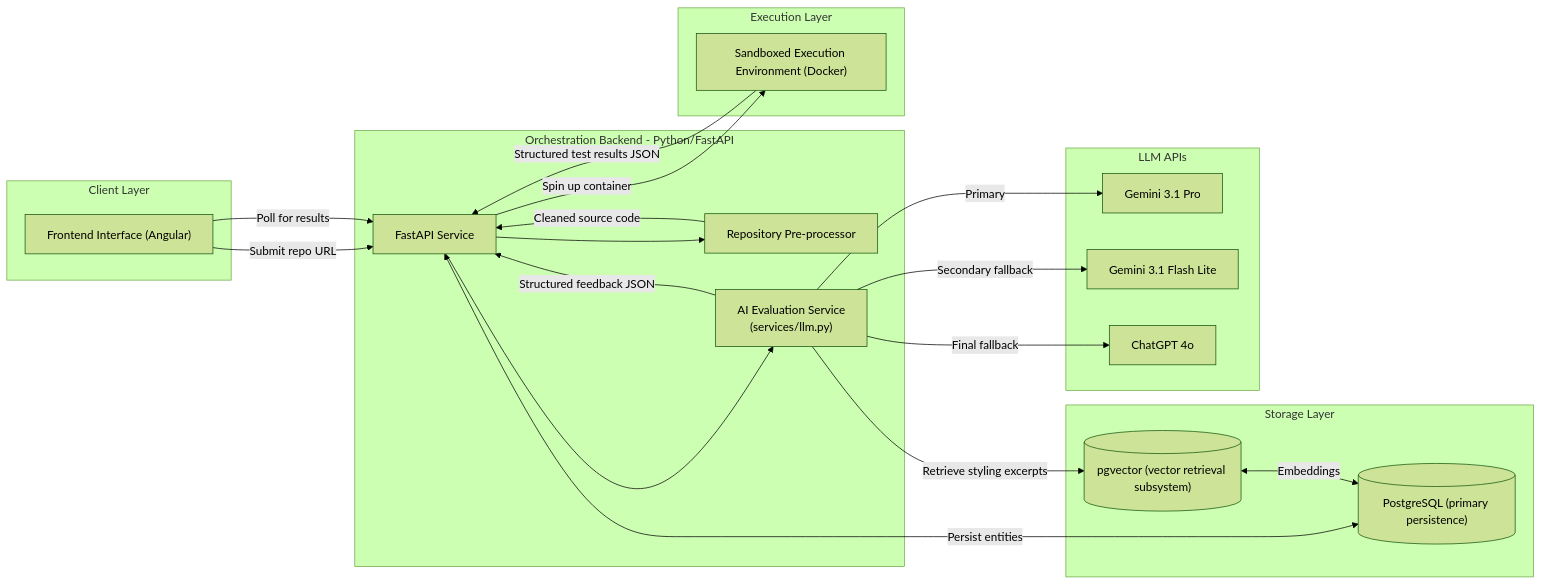
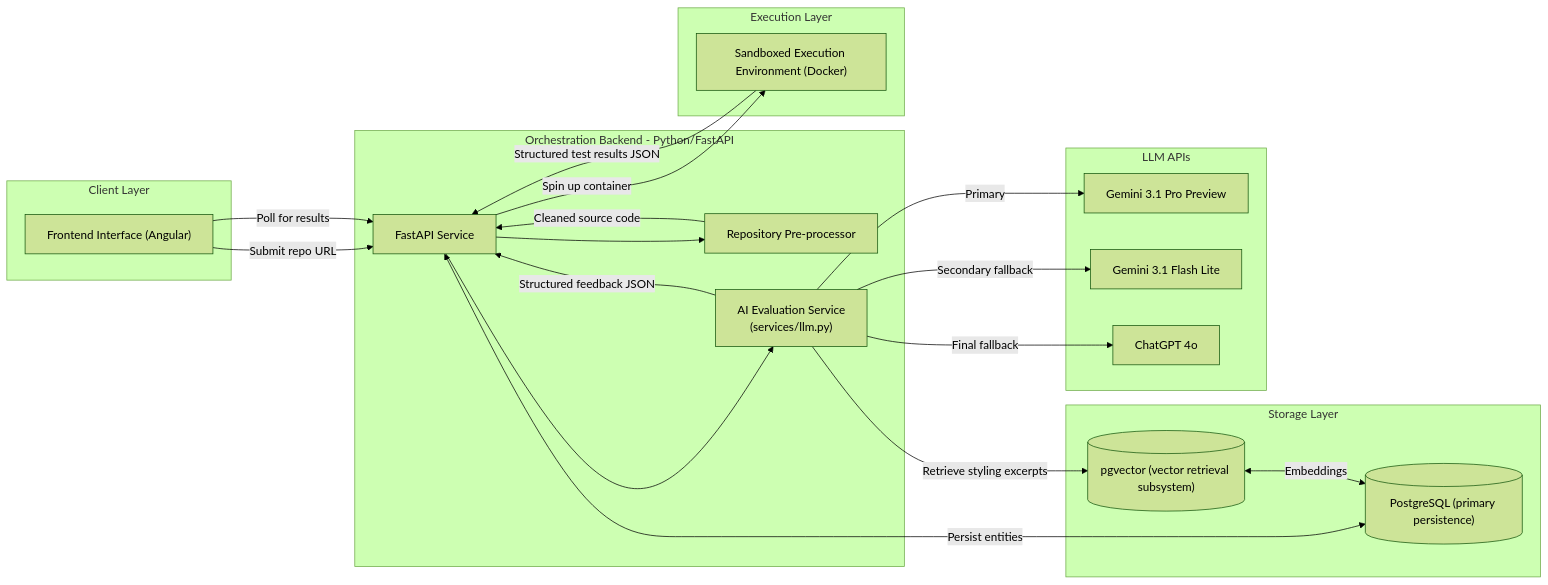
Before and after one commit to MaristGormanly/maple-a1: the diagram in design-doc.md, drawn with Mermaid (forest theme). The commit also changed other lines of this file, not shown here.

````diff
--- a/design-doc.md
+++ b/design-doc.md
@@ -52,42 +54,42 @@
 ```mermaid
 flowchart LR
     subgraph clientLayer [Client Layer]
         Frontend["Frontend Interface (Angular)"]
     end
 
     subgraph backendLayer [Orchestration Backend - Python/FastAPI]
         FastAPI["FastAPI Service"]
         PreProcessor["Repository Pre-processor"]
         LLMWrapper["AI Evaluation Service\n(services/llm.py)"]
     end
 
     subgraph storageLayer [Storage Layer]
         PostgreSQL[("PostgreSQL (primary persistence)")]
         pgvector[("pgvector (vector retrieval subsystem)")]
     end
 
     subgraph executionLayer [Execution Layer]
         Docker["Sandboxed Execution Environment (Docker)"]
     end
 
     subgraph llmLayer [LLM APIs]
-        Gemini["Gemini 3.1 Pro"]
+        Gemini["Gemini 3.1 Pro Preview"]
         GeminiFlash["Gemini 3.1 Flash Lite"]
         GPT4o["ChatGPT 4o"]
     end
 
     Frontend -->|"Submit repo URL"| FastAPI
     Frontend -->|"Poll for results"| FastAPI
     FastAPI --> PreProcessor
     FastAPI -->|"Spin up container"| Docker
     FastAPI --> LLMWrapper
     FastAPI <-->|"Persist entities"| PostgreSQL
     PreProcessor -->|"Cleaned source code"| FastAPI
     Docker -->|"Structured test results JSON"| FastAPI
     LLMWrapper -->|"Retrieve styling excerpts"| pgvector
     LLMWrapper -->|"Primary"| Gemini
     LLMWrapper -->|"Secondary fallback"| GeminiFlash
     LLMWrapper -->|"Final fallback"| GPT4o
     LLMWrapper -->|"Structured feedback JSON"| FastAPI
     pgvector <-->|"Embeddings"| PostgreSQL
 ```
````
